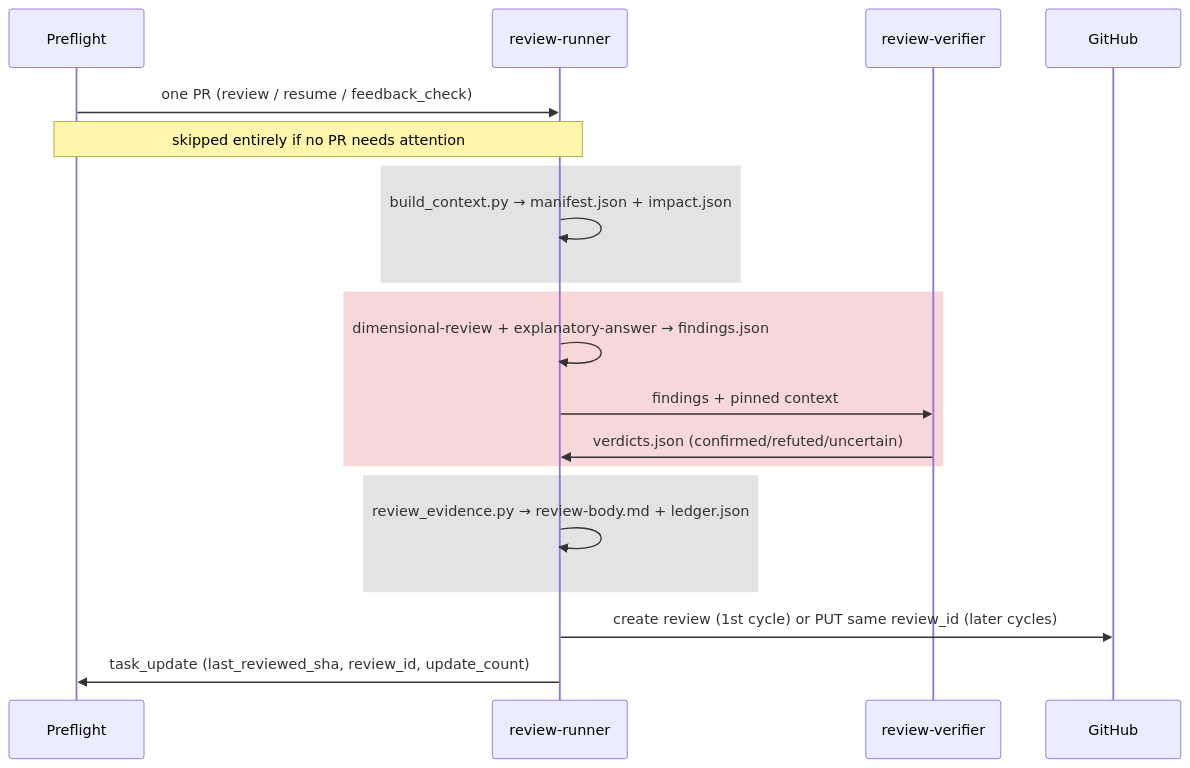
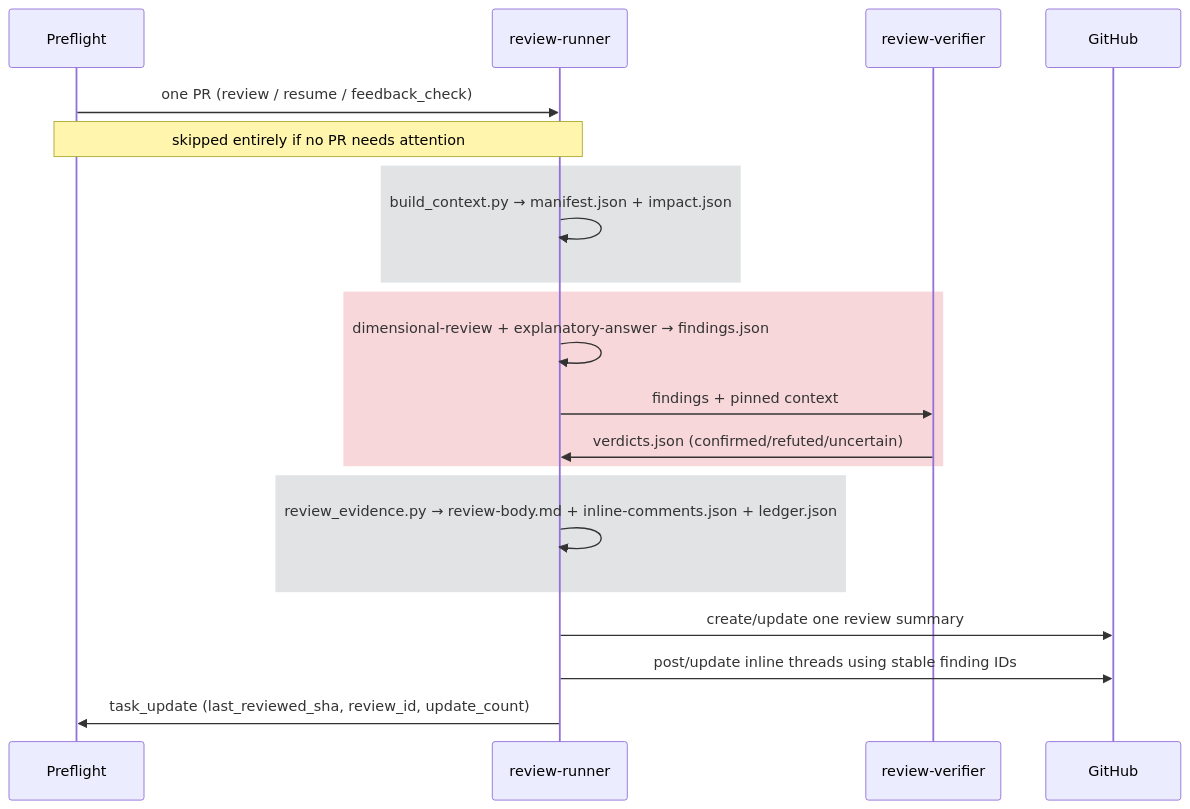
One commit to Hyperkid123/fabric-access-ai-dev changed the fourth of 4 diagrams in instance/rbac-config-review/agent/workflows/review-only/WORKFLOW.md. Above: the diagram before and after it, drawn with Mermaid. The commit also changed other lines of this file and 4 other files, not shown here.

````diff
--- a/instance/rbac-config-review/agent/workflows/review-only/WORKFLOW.md
+++ b/instance/rbac-config-review/agent/workflows/review-only/WORKFLOW.md
@@ -185,23 +187,24 @@
 ```mermaid
 sequenceDiagram
     participant Q as Preflight
     participant R as review-runner
     participant V as review-verifier
     participant GH as GitHub
 
     Q->>R: one PR (review / resume / feedback_check)
     Note over Q,R: skipped entirely if no PR needs attention
     rect rgb(226, 227, 229)
         R->>R: build_context.py → manifest.json + impact.json
     end
     rect rgb(248, 215, 218)
         R->>R: dimensional-review + explanatory-answer → findings.json
         R->>V: findings + pinned context
         V->>R: verdicts.json (confirmed/refuted/uncertain)
     end
     rect rgb(226, 227, 229)
-        R->>R: review_evidence.py → review-body.md + ledger.json
+        R->>R: review_evidence.py → review-body.md + inline-comments.json + ledger.json
     end
-    R->>GH: create review (1st cycle) or PUT same review_id (later cycles)
+    R->>GH: create/update one review summary
+    R->>GH: post/update inline threads using stable finding IDs
     R->>Q: task_update (last_reviewed_sha, review_id, update_count)
 ```
````
